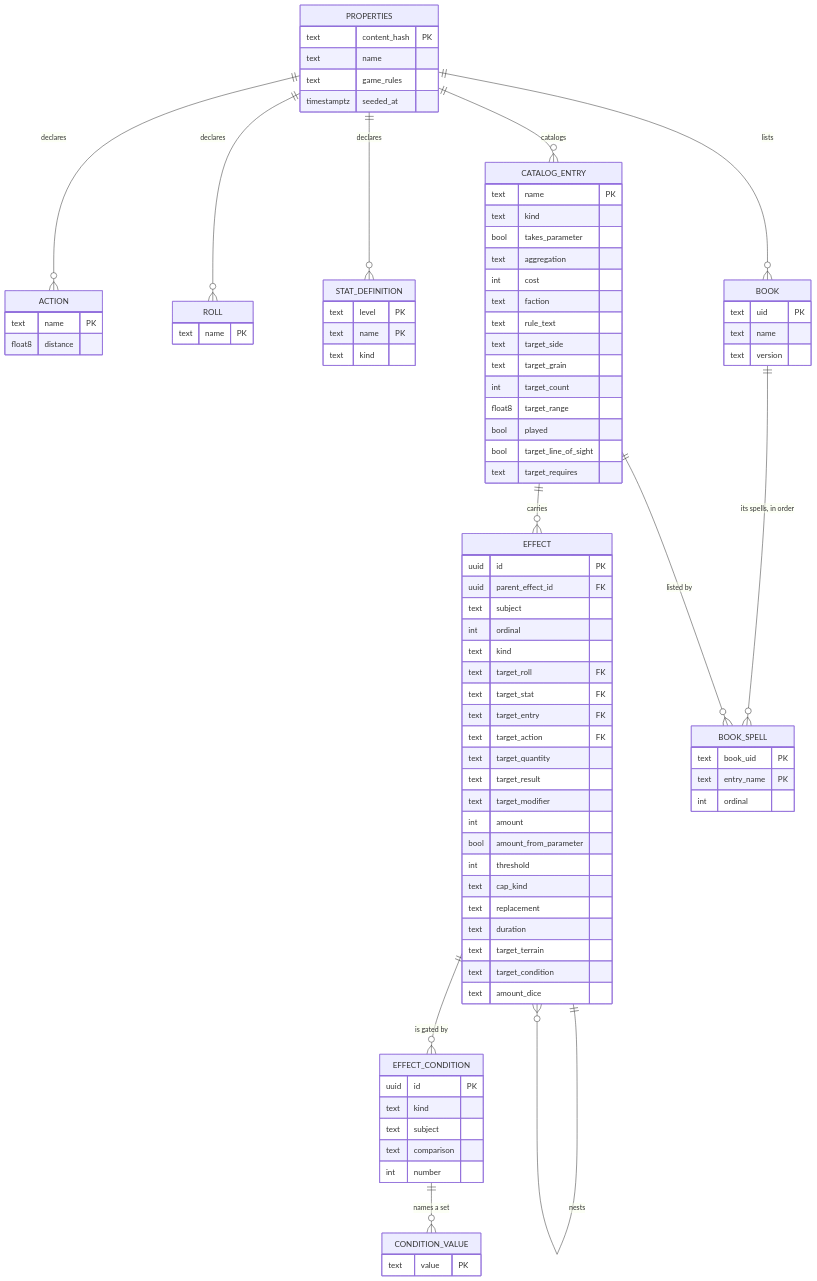
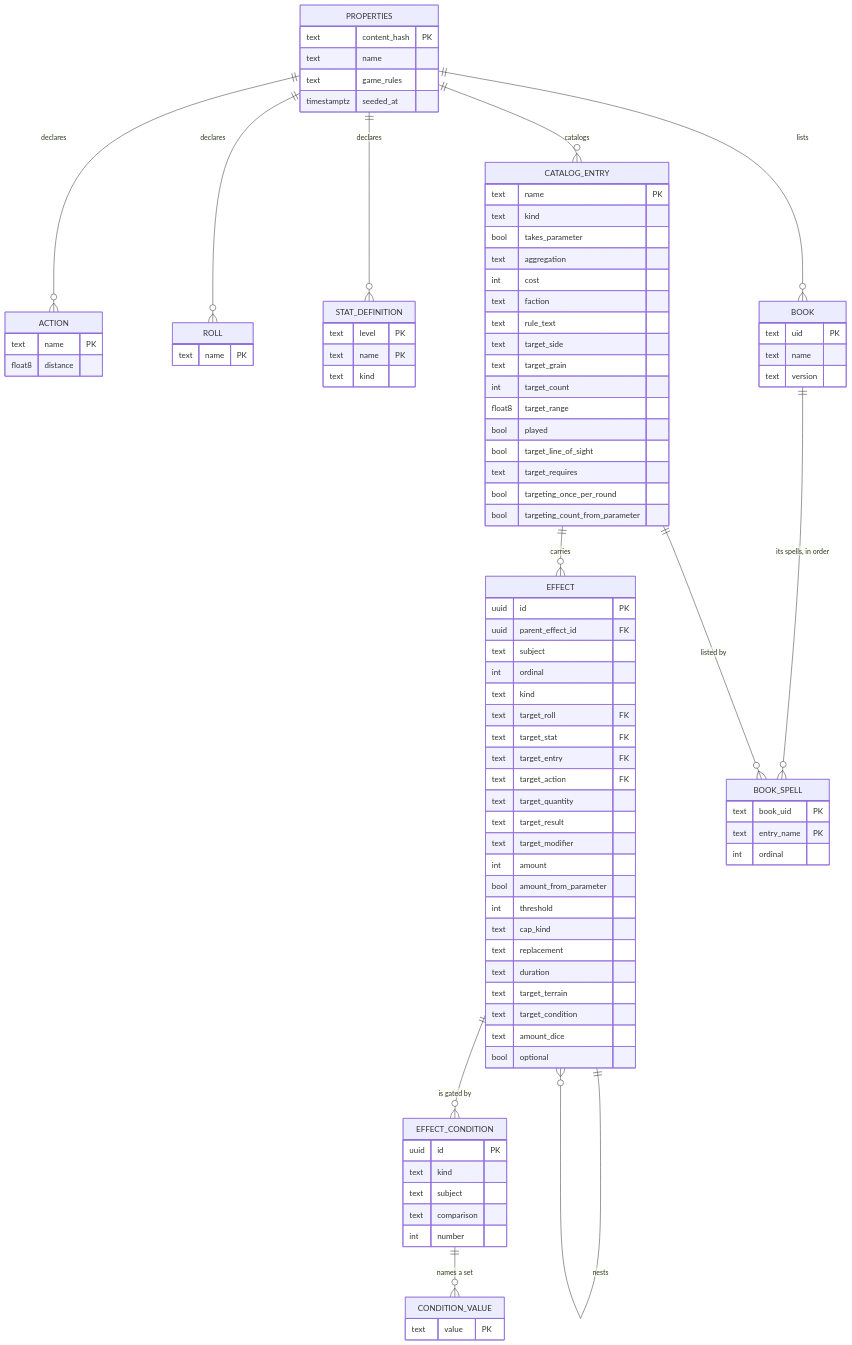
Before and after one commit to cstupi/tabletop: the diagram in docs/design/interpreter/properties.md, drawn with Mermaid. The commit also changed other lines of this file and 11 other files, not shown here.

First line of the commit message:
Design docs and schema state the twenty kinds, the held once grants, Parry, Brace and the new grammar fields

```diff
--- a/docs/design/interpreter/properties.md
+++ b/docs/design/interpreter/properties.md
@@ -58,6 +58,8 @@
         bool played
         bool target_line_of_sight
         text target_requires
+        bool targeting_once_per_round
+        bool targeting_count_from_parameter
     }
     EFFECT {
         uuid id PK
@@ -81,6 +83,7 @@
         text target_terrain
         text target_condition
         text amount_dice
+        bool optional
     }
     EFFECT_CONDITION {
         uuid id PK
```
